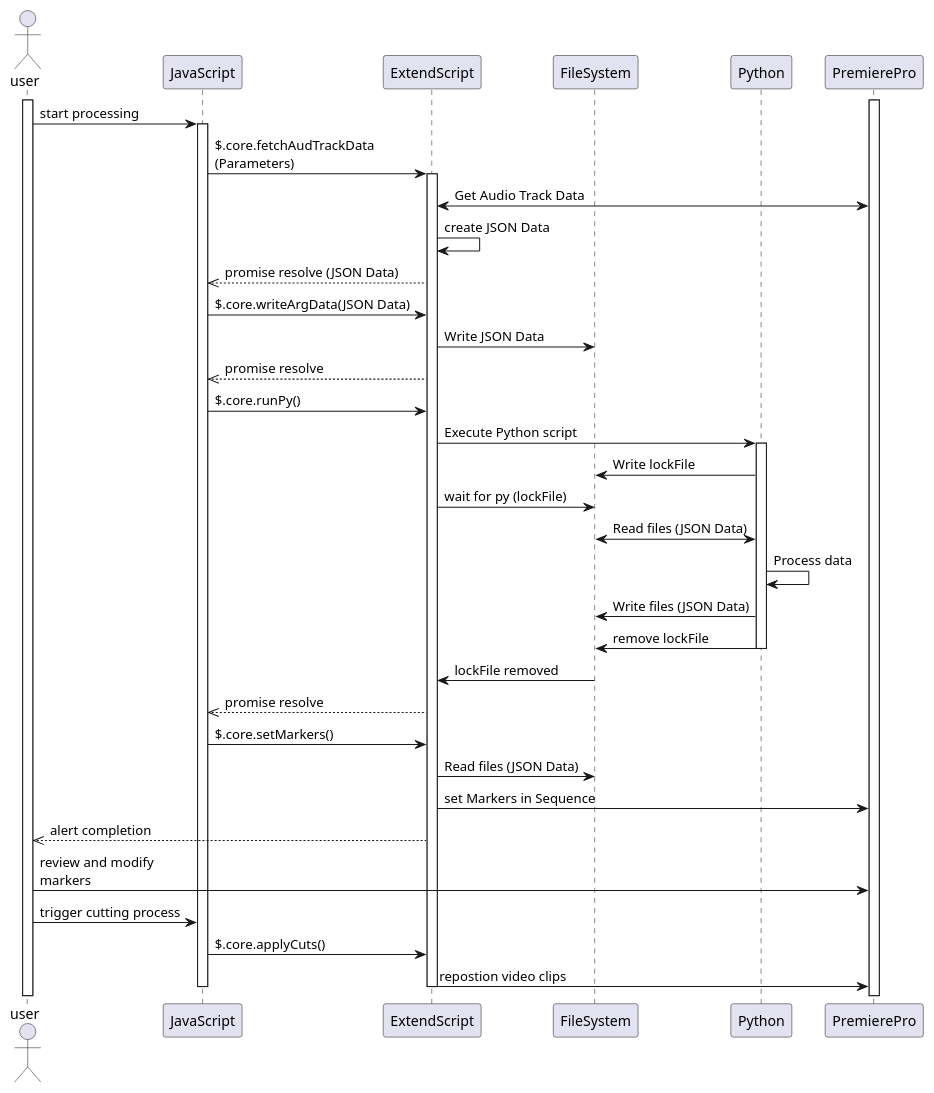
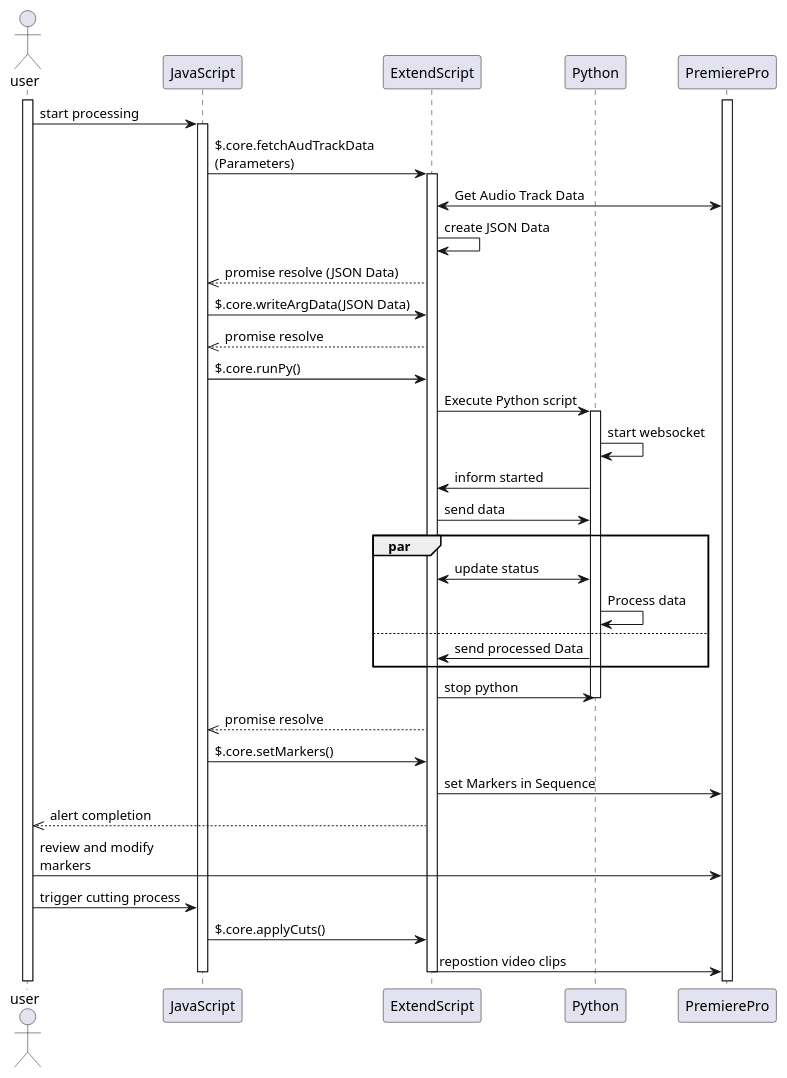
One commit to halatsWol/AdobePremierePro-SmartCut changed the diagram in docs/diagrams/codeFlow.puml. Above: the diagram before and after it, drawn with PlantUML. The commit also changed 2 other files, not shown here.

Commit message:
updated diagrams for webSoc

```diff
--- a/docs/diagrams/codeFlow.puml
+++ b/docs/diagrams/codeFlow.puml
@@ -1,52 +1,56 @@
 @startuml logical flow: Audio Analysis
 
 actor user
 participant JavaScript as js
 participant ExtendScript as es
-participant FileSystem as fs
+
 participant Python as py
 participant PremierePro as pp
 
 activate user
 activate pp
 
 user -> js: start processing
 activate js
 js -> es: $.core.fetchAudTrackData\n(Parameters)
 activate es
 es <-> pp: Get Audio Track Data
 es -> es: create JSON Data
 js <<-- es: promise resolve (JSON Data)
 js -> es: $.core.writeArgData(JSON Data)
-es -> fs: Write JSON Data
+
 js <<-- es: promise resolve
 js -> es: $.core.runPy()
 
 es -> py: Execute Python script
 activate py
-py -> fs: Write lockFile
-es -> fs: wait for py (lockFile)
-py <-> fs: Read files (JSON Data)
-py -> py: Process data
-py -> fs: Write files (JSON Data)
-py -> fs: remove lockFile
+py -> py:start websocket
+es <- py: inform started
+es -> py: send data
+par
+    es <-> py: update status
+    py -> py: Process data
+else
+    py -> es: send processed Data
+end
+es -> py: stop python
 deactivate py
-es <- fs: lockFile removed
+
 js <<-- es: promise resolve
 js -> es: $.core.setMarkers()
-es -> fs: Read files (JSON Data)
+
 es -> pp: set Markers in Sequence
 user <<-- es: alert completion
-box cutting process
+box "cutting process" #LightBlue
     user -> pp: review and modify\nmarkers
     user -> js: trigger cutting process
     js -> es: $.core.applyCuts()
     es -> pp: repostion video clips
 end box
 
 
 deactivate js
 deactivate es
 
 
 @enduml
```
